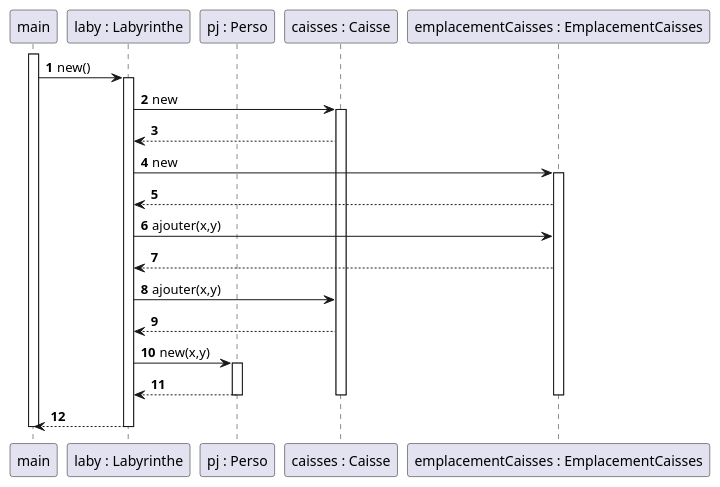
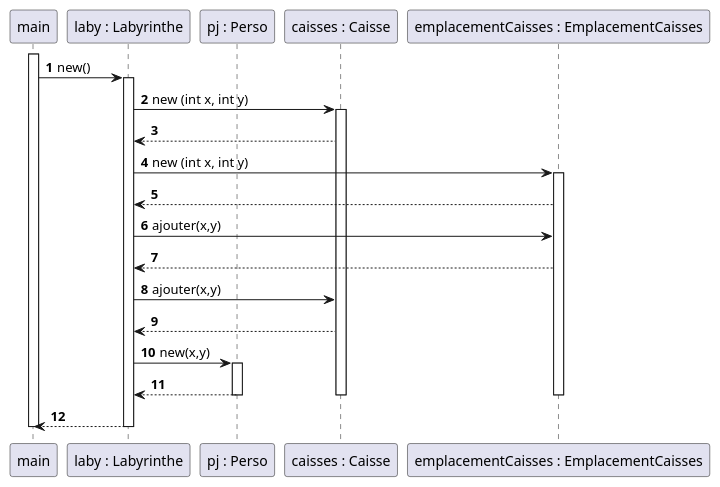
The diagram in documents/version_3/Diagramme sequence Creation.puml (Flotss/Zeldiablo), drawn with PlantUML before and after one commit. The commit also changed 3 other files, not shown here.

Commit message:
correction diagramme

```diff
--- a/documents/version_3/Diagramme sequence Creation.puml
+++ b/documents/version_3/Diagramme sequence Creation.puml
@@ -1,41 +1,41 @@
 @startuml
 'https://plantuml.com/sequence-diagram
 participant "main" as m
 participant "laby : Labyrinthe" as l
 participant "pj : Perso" as p
 participant "caisses : Caisse" as c
 participant "emplacementCaisses : EmplacementCaisses" as ep
 
 autonumber
 
 
 
 activate m
 
 m -> l : new()
 activate l
 
-l -> c : new
+l -> c : new (int x, int y)
 activate c
 l <-- c
-l -> ep : new
+l -> ep : new (int x, int y)
 activate ep
 l <-- ep
 
 l -> ep : ajouter(x,y)
 l <-- ep
 l -> c : ajouter(x,y)
 l <-- c
 l -> p : new(x,y)
 activate p
 l <-- p
 deactivate p
 deactivate c
 deactivate ep
 m <-- l
 deactivate l
 deactivate m
 
 
 
 @enduml
```
